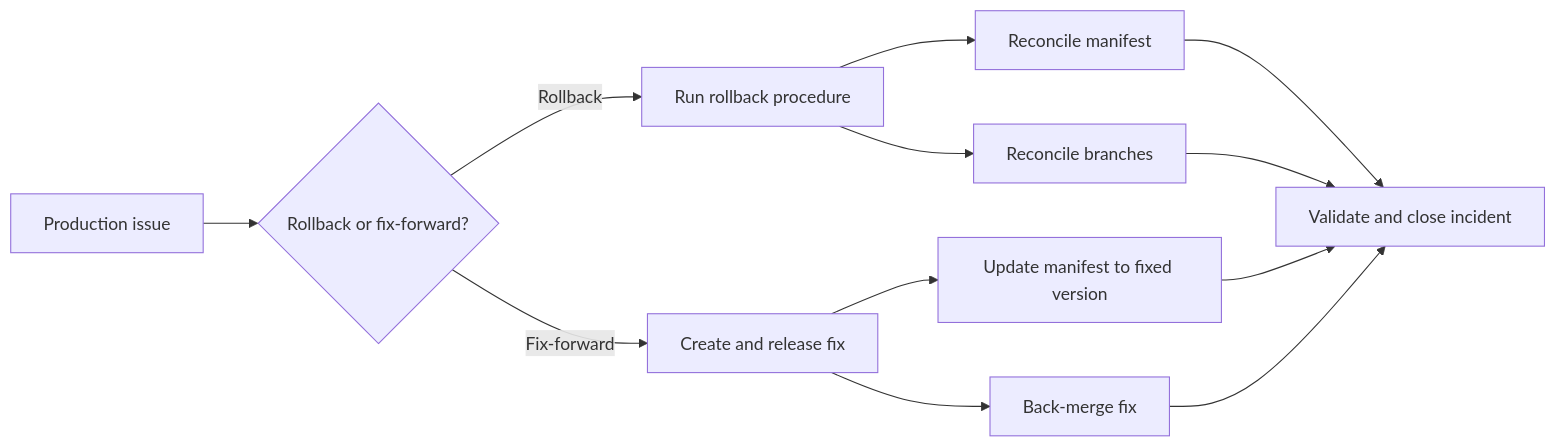
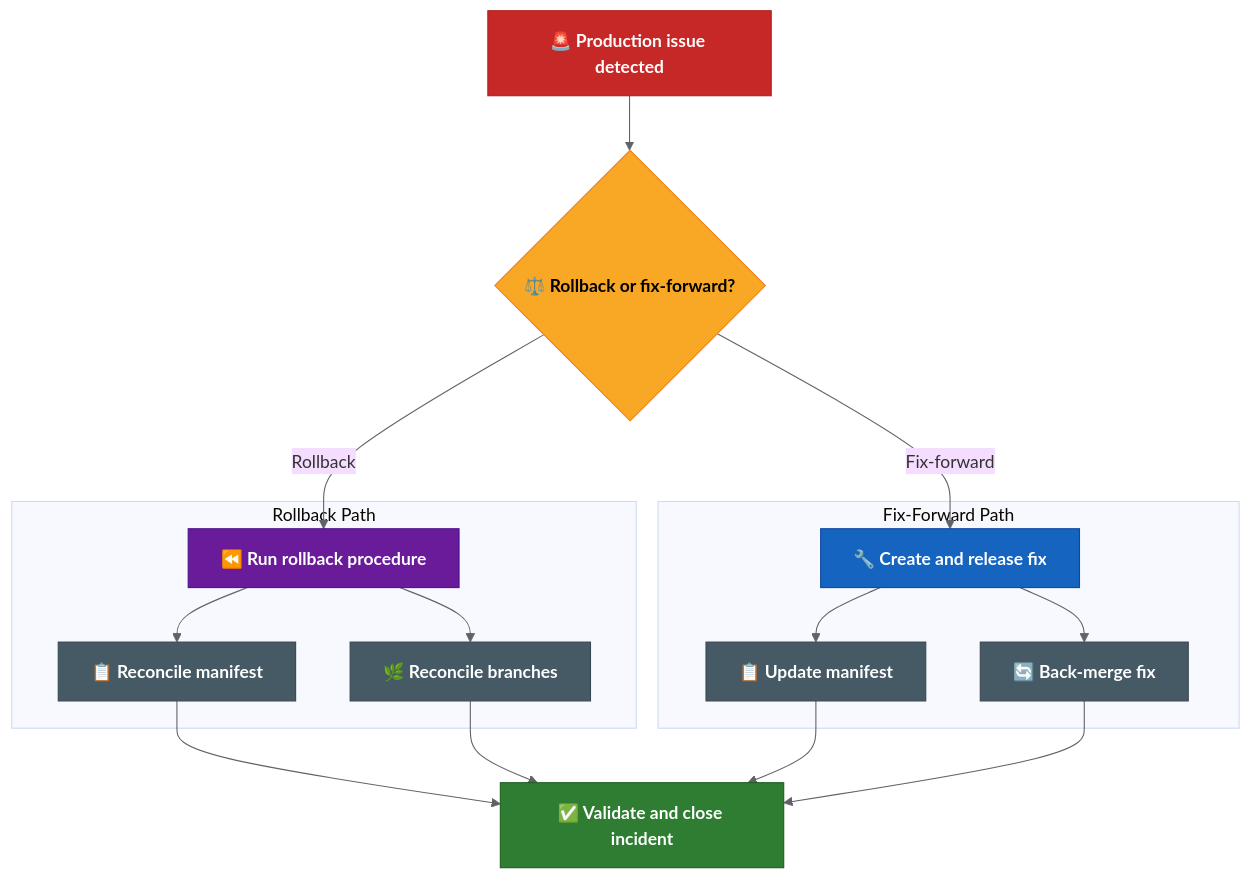
Before and after one commit to benanaktaspusulait/branching-strategy: the second of 2 diagrams in docs/hotfix-and-rollback.md, drawn with Mermaid. The commit also changed other lines of this file, not shown here.

Commit message:
"Remove outdated pre-meeting brief and process summary documents."

````diff
--- a/docs/hotfix-and-rollback.md
+++ b/docs/hotfix-and-rollback.md
@@ -93,14 +103,34 @@
 ```mermaid
-flowchart LR
-  ISSUE["Production issue"] --> DECIDE{"Rollback or fix-forward?"}
-  DECIDE -->|Rollback| RB["Run rollback procedure"]
-  DECIDE -->|Fix-forward| FF["Create and release fix"]
-  RB --> MANRB["Reconcile manifest"]
-  RB --> BRRB["Reconcile branches"]
-  FF --> MANFF["Update manifest to fixed version"]
-  FF --> BRFF["Back-merge fix"]
-  MANRB --> CLOSE["Validate and close incident"]
-  BRRB --> CLOSE
-  MANFF --> CLOSE
-  BRFF --> CLOSE
+%%{init: {'theme': 'base', 'themeVariables': {'lineColor': '#5f6368'}}}%%
+
+flowchart TD
+  ISSUE["🚨 Production issue detected"]:::alert
+  DECIDE{"⚖️ Rollback or fix-forward?"}:::decision
+
+  subgraph RB_PATH["Rollback Path"]
+    RB["⏪ Run rollback procedure"]:::rollback
+    MANRB["📋 Reconcile manifest"]:::action
+    BRRB["🌿 Reconcile branches"]:::action
+  end
+
+  subgraph FF_PATH["Fix-Forward Path"]
+    FF["🔧 Create and release fix"]:::fix
+    MANFF["📋 Update manifest"]:::action
+    BRFF["🔄 Back-merge fix"]:::action
+  end
+
+  CLOSE["✅ Validate and close incident"]:::done
+
+  ISSUE --> DECIDE
+  DECIDE -->|Rollback| RB
+  DECIDE -->|Fix-forward| FF
+  RB --> MANRB & BRRB --> CLOSE
+  FF --> MANFF & BRFF --> CLOSE
+
+  classDef alert fill:#c62828,stroke:#b71c1c,color:#fff,font-weight:bold
+  classDef decision fill:#f9a825,stroke:#f57f17,color:#000,font-weight:bold
+  classDef rollback fill:#6a1b9a,stroke:#4a148c,color:#fff,font-weight:bold
+  classDef fix fill:#1565c0,stroke:#0d47a1,color:#fff,font-weight:bold
+  classDef action fill:#455a64,stroke:#37474f,color:#fff,font-weight:bold
+  classDef done fill:#2e7d32,stroke:#1b5e20,color:#fff,font-weight:bold
 ```
````
